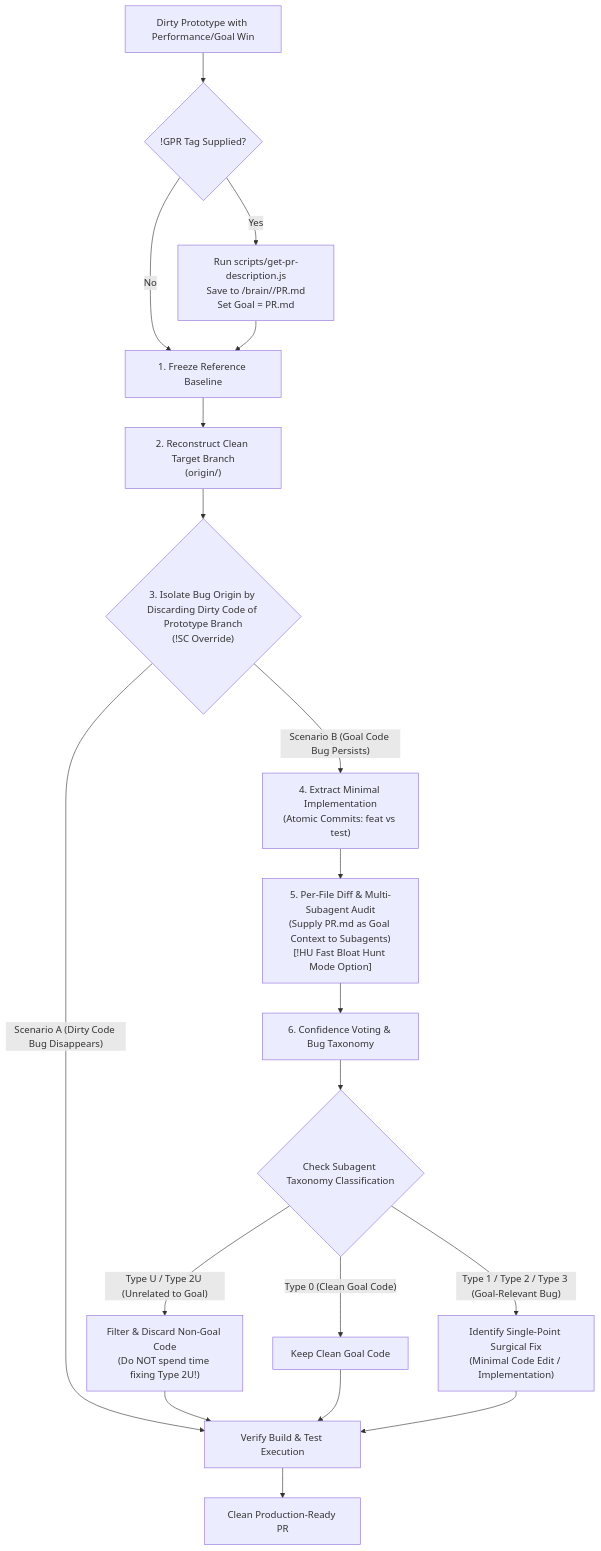
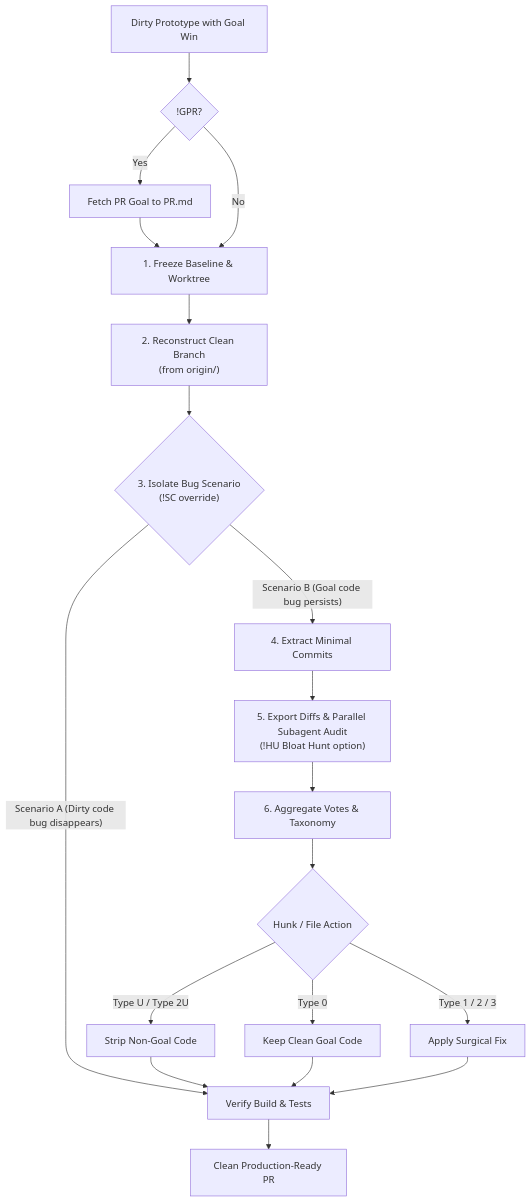
One commit to loerei/myskills changed the diagram in engineering/afterplay/SKILL.md. Above: the diagram before and after it, drawn with Mermaid. The commit also changed other lines of this file and 2 other files, not shown here.

Commit message:
docs(afterplay): fix git worktree/reset bugs and strip local paths

````diff
--- a/engineering/afterplay/SKILL.md
+++ b/engineering/afterplay/SKILL.md
@@ -16,33 +15,17 @@
 ```mermaid
 flowchart TD
-    Start["Dirty Prototype with Performance/Goal Win"] --> CheckPR{"!GPR<PR_ID/URL> Tag Supplied?"}
-    
-    CheckPR -->|"Yes"| FetchPR["Run scripts/get-pr-description.js<br/>Save to <appDataDir>/brain/<id>/PR.md<br/>Set Goal = PR.md"]
-    CheckPR -->|"No"| Phase1["1. Freeze Reference Baseline"]
-    
-    FetchPR --> Phase1
-    
-    Phase1 --> Phase2["2. Reconstruct Clean Target Branch<br/>(origin/<target-base-branch>)"]
-    
-    Phase2 --> Phase3{"3. Isolate Bug Origin by Discarding Dirty Code of Prototype Branch<br/>(!SC<A|B> Override)"}
-    
-    Phase3 -->|"Scenario A (Dirty Code Bug Disappears)"| Verify["Verify Build & Test Execution"]
-    
-    Phase3 -->|"Scenario B (Goal Code Bug Persists)"| Phase4["4. Extract Minimal Implementation<br/>(Atomic Commits: feat vs test)"]
-    
-    Phase4 --> Phase5["5. Per-File Diff & Multi-Subagent Audit<br/>(Supply PR.md as Goal Context to Subagents)<br/>[!HU Fast Bloat Hunt Mode Option]"]
-    
-    Phase5 --> Phase6["6. Confidence Voting & Bug Taxonomy"]
-    
-    Phase6 --> CheckCategory{"Check Subagent Taxonomy Classification"}
-    
-    CheckCategory -->|"Type U / Type 2U (Unrelated to Goal)"| StripCode["Filter & Discard Non-Goal Code<br/>(Do NOT spend time fixing Type 2U!)"]
-    CheckCategory -->|"Type 0 (Clean Goal Code)"| KeepCode["Keep Clean Goal Code"]
-    CheckCategory -->|"Type 1 / Type 2 / Type 3 (Goal-Relevant Bug)"| SurgicalFix["Identify Single-Point Surgical Fix<br/>(Minimal Code Edit / Implementation)"]
-    
-    StripCode --> Verify
-    KeepCode --> Verify
-    SurgicalFix --> Verify
-    
+    Start["Dirty Prototype with Goal Win"] --> CheckPR{"!GPR<PR_ID/URL>?"}
+    CheckPR -->|"Yes"| FetchPR["Fetch PR Goal to PR.md"] --> Phase1
+    CheckPR -->|"No"| Phase1["1. Freeze Baseline & Worktree"]
+    Phase1 --> Phase2["2. Reconstruct Clean Branch<br/>(from origin/<target-base-branch>)"]
+    Phase2 --> Phase3{"3. Isolate Bug Scenario<br/>(!SC<A|B> override)"}
+    Phase3 -->|"Scenario A (Dirty code bug disappears)"| Verify["Verify Build & Tests"]
+    Phase3 -->|"Scenario B (Goal code bug persists)"| Phase4["4. Extract Minimal Commits"]
+    Phase4 --> Phase5["5. Export Diffs & Parallel Subagent Audit<br/>(!HU Bloat Hunt option)"]
+    Phase5 --> Phase6["6. Aggregate Votes & Taxonomy"]
+    Phase6 --> Action{"Hunk / File Action"}
+    Action -->|"Type U / Type 2U"| Strip["Strip Non-Goal Code"] --> Verify
+    Action -->|"Type 0"| Keep["Keep Clean Goal Code"] --> Verify
+    Action -->|"Type 1 / 2 / 3"| Fix["Apply Surgical Fix"] --> Verify
     Verify --> Done["Clean Production-Ready PR"]
 ```
````
